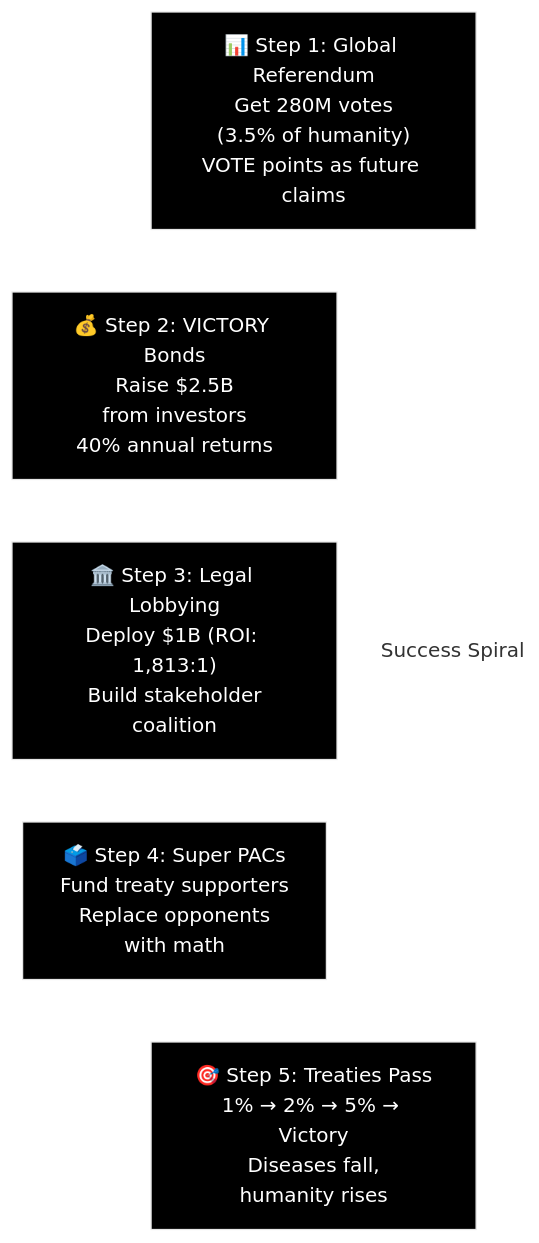
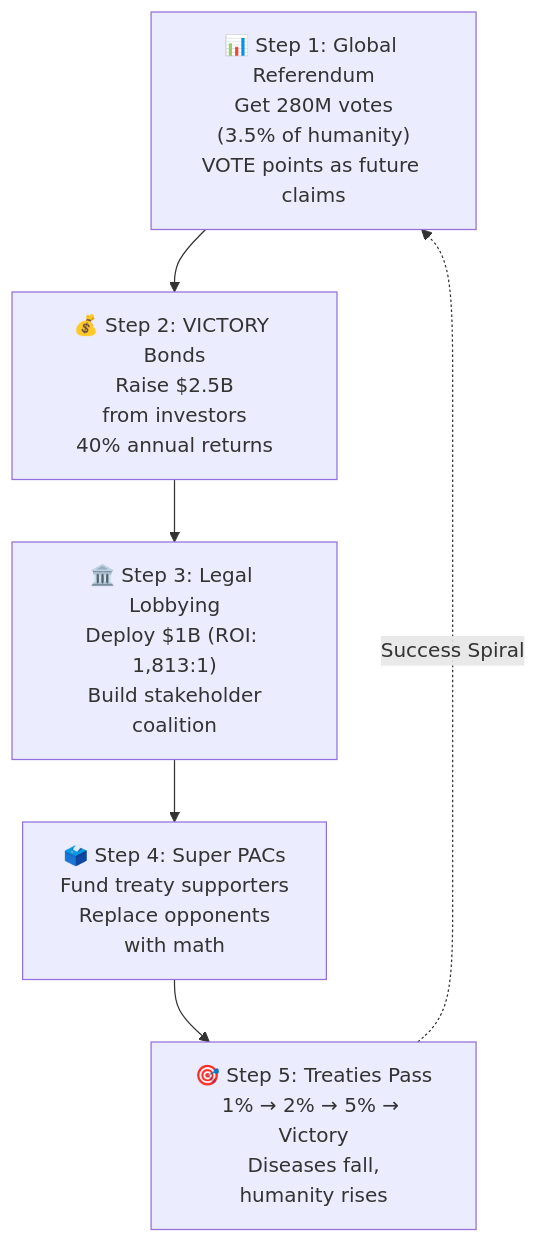
One commit to mikepsinn/disease-eradication-plan changed the fifth of 6 diagrams in index.qmd. Above: the diagram before and after it, drawn with Mermaid. The commit also changed other lines of this file and 2 other files, not shown here.

````diff
--- a/index.qmd
+++ b/index.qmd
@@ -520,25 +489,18 @@
 ```{mermaid}
-%%{init: {'theme': 'base', 'themeVariables': {'primaryColor': '#FFFFFF', 'background': 'transparent'}}}%%
 flowchart TD
     Step1["📊 Step 1: Global Referendum<br/>Get 280M votes<br/>(3.5% of humanity)<br/>VOTE points as future claims"]
 
     Step2["💰 Step 2: VICTORY Bonds<br/>Raise $2.5B<br/>from investors<br/>40% annual returns"]
 
     Step3["🏛️ Step 3: Legal Lobbying<br/>Deploy $1B (ROI: 1,813:1)<br/>Build stakeholder<br/>coalition"]
 
     Step4["🗳️ Step 4: Super PACs<br/>Fund treaty supporters<br/>Replace opponents<br/>with math"]
 
     Step5["🎯 Step 5: Treaties Pass<br/>1% → 2% → 5% → Victory<br/>Diseases fall,<br/>humanity rises"]
 
     Step1 --> Step2
     Step2 --> Step3
     Step3 --> Step4
     Step4 --> Step5
     Step5 -.->|"Success Spiral"| Step1
-
-    style Step1 fill:#000000,color:#FFFFFF
-    style Step2 fill:#000000,color:#FFFFFF
-    style Step3 fill:#000000,color:#FFFFFF
-    style Step4 fill:#000000,color:#FFFFFF
-    style Step5 fill:#000000,color:#FFFFFF
 ```
````
